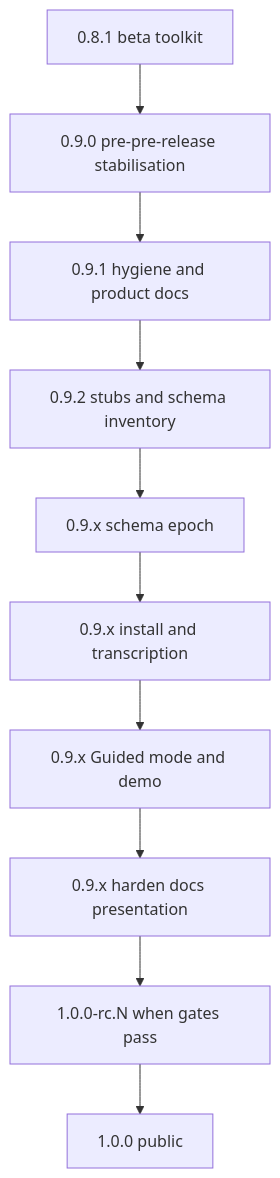
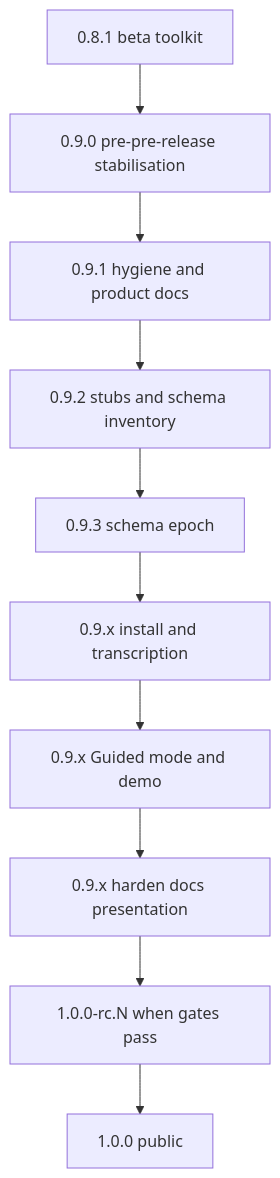
Before and after one commit to glen-w/TranscriptX: the first of 2 diagrams in docs/dev/pre_release_roadmap_1_0.md, drawn with Mermaid. The commit also changed other lines of this file and 279 other files, not shown here.

First line of the commit message:
Release 0.9.3: public schema epoch-1 reset and semantic_similarity cleanup.

````diff
--- a/docs/dev/pre_release_roadmap_1_0.md
+++ b/docs/dev/pre_release_roadmap_1_0.md
@@ -419,14 +419,14 @@
 ```mermaid
 flowchart TD
   v08[0.8.1 beta toolkit]
   v090[0.9.0 pre-pre-release stabilisation]
   v091[0.9.1 hygiene and product docs]
   v092[0.9.2 stubs and schema inventory]
-  themeSchema[0.9.x schema epoch]
+  themeSchema[0.9.3 schema epoch]
   themeInstall[0.9.x install and transcription]
   themeModes[0.9.x Guided mode and demo]
   themeHarden[0.9.x harden docs presentation]
   rc[1.0.0-rc.N when gates pass]
   v10[1.0.0 public]
   v08 --> v090 --> v091 --> v092 --> themeSchema --> themeInstall --> themeModes --> themeHarden --> rc --> v10
 ```
````
